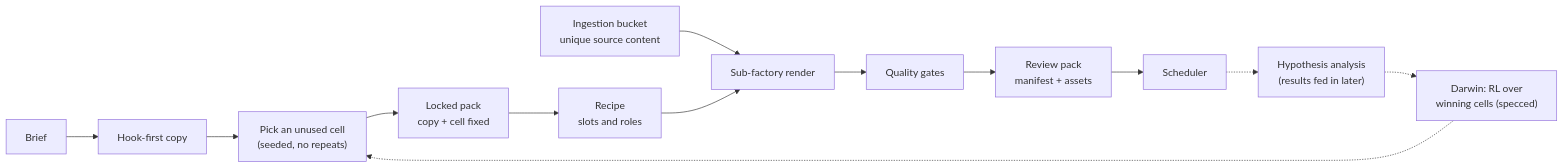
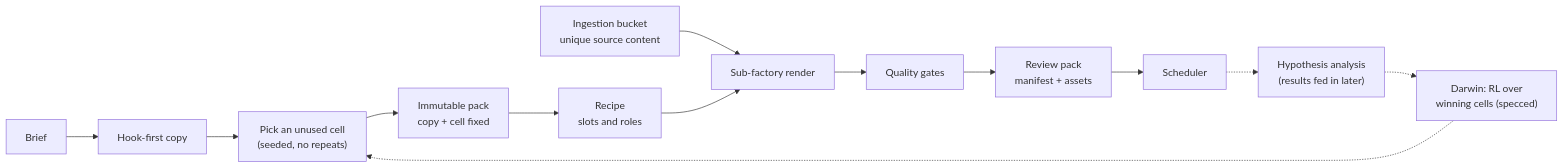
Before and after one commit to Ganto12/Ganto12: the diagram in engine/kp_content_engine.md, drawn with Mermaid. The commit also changed other lines of this file and 11 other files, not shown here.

````diff
--- a/engine/kp_content_engine.md
+++ b/engine/kp_content_engine.md
@@ -15,15 +15,15 @@
 ```mermaid
 flowchart LR
     B["Brief"] --> H["Hook-first copy"]
     H --> C["Pick an unused cell<br/>(seeded, no repeats)"]
-    C --> P["Locked pack<br/>copy + cell fixed"]
+    C --> P["Immutable pack<br/>copy + cell fixed"]
     P --> R["Recipe<br/>slots and roles"]
     I["Ingestion bucket<br/>unique source content"] --> F
     R --> F["Sub-factory render"]
     F --> G["Quality gates"]
     G --> Q["Review pack<br/>manifest + assets"]
     Q --> S["Scheduler"]
     S -.-> A["Hypothesis analysis<br/>(results fed in later)"]
     A -.-> D["Darwin: RL over<br/>winning cells (specced)"]
     D -.-> C
 ```
````
